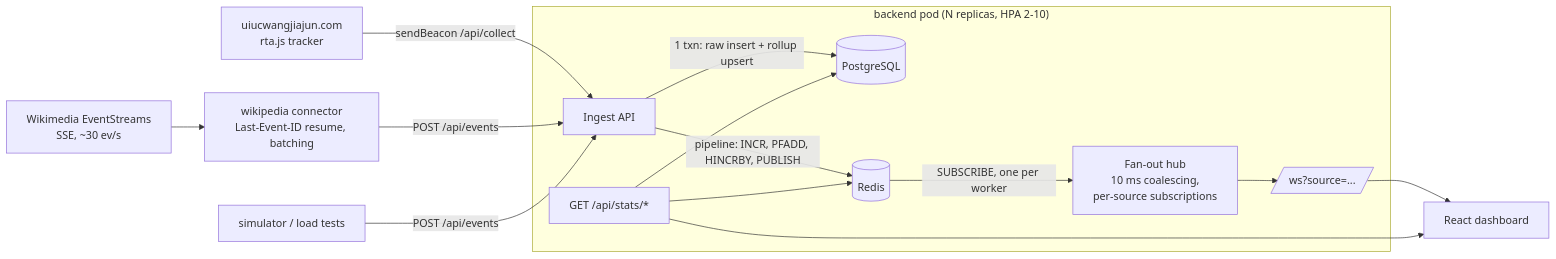
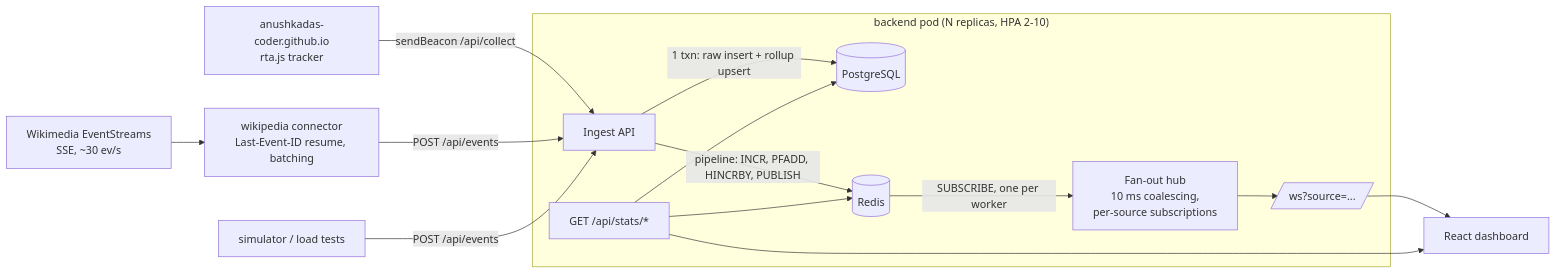
One commit to anushkadas-coder/realtime-analytics-dashboard changed the diagram in README.md. Above: the diagram before and after it, drawn with Mermaid. The commit also changed other lines of this file and 12 other files, not shown here.

````diff
--- a/README.md
+++ b/README.md
@@ -16,17 +16,17 @@
 ```mermaid
 flowchart LR
   WM[Wikimedia EventStreams<br/>SSE, ~30 ev/s] --> CONN[wikipedia connector<br/>Last-Event-ID resume, batching]
-  SITE[uiucwangjiajun.com<br/>rta.js tracker] -->|sendBeacon /api/collect| ING
+  SITE[anushkadas-coder.github.io<br/>rta.js tracker] -->|sendBeacon /api/collect| ING
   CONN -->|POST /api/events| ING
   SIM[simulator / load tests] -->|POST /api/events| ING
   subgraph Pod["backend pod (N replicas, HPA 2-10)"]
     ING[Ingest API] -->|1 txn: raw insert + rollup upsert| PG[(PostgreSQL)]
     ING -->|pipeline: INCR, PFADD, HINCRBY, PUBLISH| R[(Redis)]
     R -->|SUBSCRIBE, one per worker| HUB[Fan-out hub<br/>10 ms coalescing,<br/>per-source subscriptions]
     HUB --> WS[/ws?source=.../]
     API[GET /api/stats/*] --> PG
     API --> R
   end
   WS --> UI[React dashboard]
   API --> UI
 ```
````
